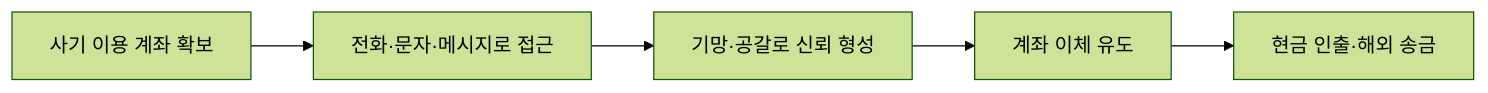
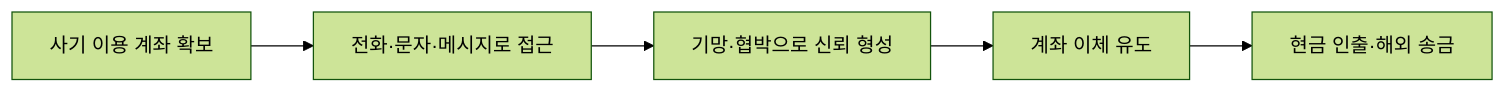
Before and after one commit to chacha-ux/inhunfinance: the first of 2 diagrams in fraud.md, drawn with Mermaid (forest theme). The commit also changed other lines of this file, not shown here.

````diff
--- a/fraud.md
+++ b/fraud.md
@@ -33,7 +33,7 @@
 ```mermaid
 flowchart LR
   A[사기 이용 계좌 확보] --> B[전화·문자·메시지로 접근]
-  B --> C[기망·공갈로 신뢰 형성]
+  B --> C[기망·협박으로 신뢰 형성]
   C --> D[계좌 이체 유도]
   D --> E[현금 인출·해외 송금]
 ```
````
